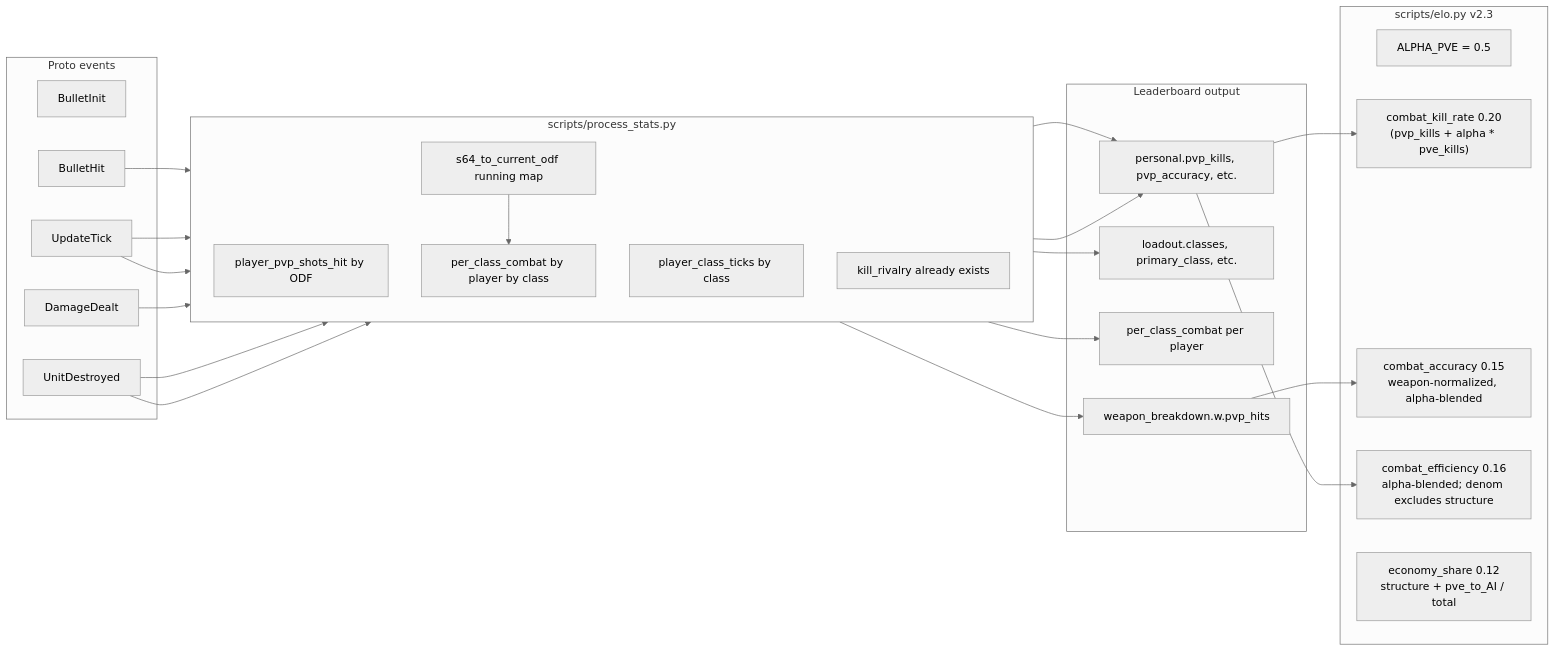
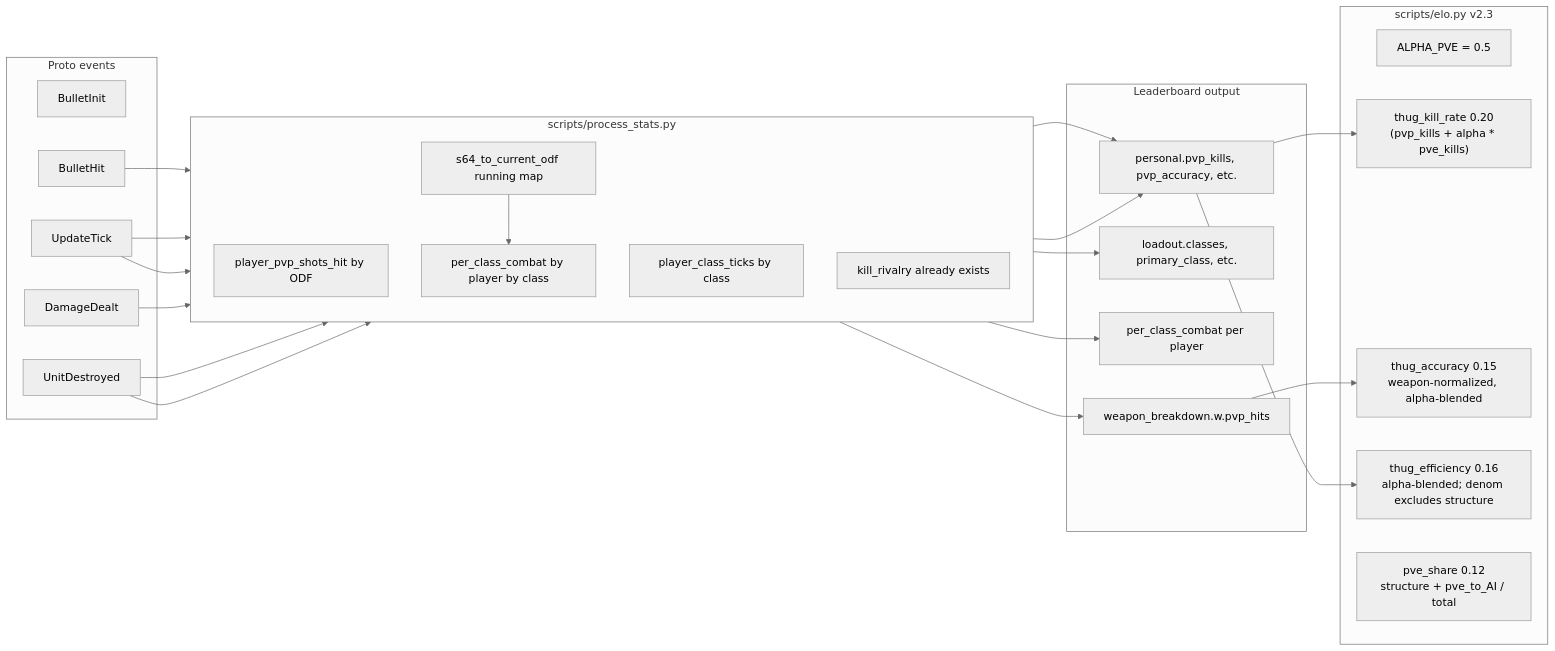
The diagram in .cursor/plans/vtsr-t_v2.3_pvp-aware_composite_+_loadout_profile_89887a1e.plan.md (sevsunday/vt-stats), drawn with Mermaid (neutral theme) before and after one commit. The commit also changed other lines of this file, not shown here.

````diff
--- a/.cursor/plans/vtsr-t_v2.3_pvp-aware_composite_+_loadout_profile_89887a1e.plan.md
+++ b/.cursor/plans/vtsr-t_v2.3_pvp-aware_composite_+_loadout_profile_89887a1e.plan.md
@@ -99,52 +95,52 @@
 ```mermaid
 flowchart LR
   subgraph proto [Proto events]
     BI[BulletInit]
     BH[BulletHit]
     DD[DamageDealt]
     UT[UpdateTick]
     UD[UnitDestroyed]
   end
 
   subgraph pipeline [scripts/process_stats.py]
     direction TB
     pvp_hits[player_pvp_shots_hit by ODF]
     class_ticks[player_class_ticks by class]
     cur_odf[s64_to_current_odf running map]
     per_class[per_class_combat by player by class]
     rivalry[kill_rivalry already exists]
   end
 
   subgraph leaderboard [Leaderboard output]
     personal[personal.pvp_kills, pvp_accuracy, etc.]
     loadout[loadout.classes, primary_class, etc.]
     perclass[per_class_combat per player]
     weapon_bd[weapon_breakdown.w.pvp_hits]
   end
 
   subgraph elo [scripts/elo.py v2.3]
     alpha["ALPHA_PVE = 0.5"]
-    pkr["combat_kill_rate 0.20<br/>(pvp_kills + alpha * pve_kills)"]
-    pwa["combat_accuracy 0.15<br/>weapon-normalized, alpha-blended"]
-    psh["combat_efficiency 0.16<br/>alpha-blended; denom excludes structure"]
-    ssh["economy_share 0.12<br/>structure + pve_to_AI / total"]
+    pkr["thug_kill_rate 0.20<br/>(pvp_kills + alpha * pve_kills)"]
+    pwa["thug_accuracy 0.15<br/>weapon-normalized, alpha-blended"]
+    psh["thug_efficiency 0.16<br/>alpha-blended; denom excludes structure"]
+    ssh["pve_share 0.12<br/>structure + pve_to_AI / total"]
   end
 
   BH --> pvp_hits
   UT --> class_ticks
   UT --> cur_odf
   cur_odf --> per_class
   DD --> per_class
   UD --> per_class
   UD --> rivalry
 
   pvp_hits --> personal
   pvp_hits --> weapon_bd
   rivalry --> personal
   class_ticks --> loadout
   per_class --> perclass
 
   personal --> pkr
   weapon_bd --> pwa
   personal --> psh
 ```
````
